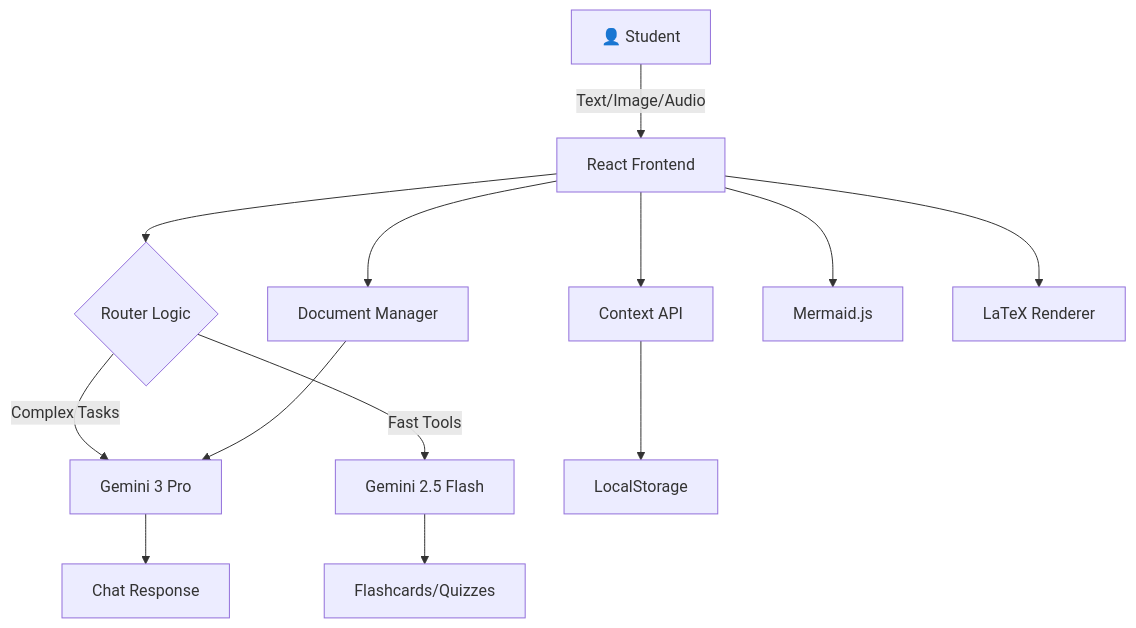
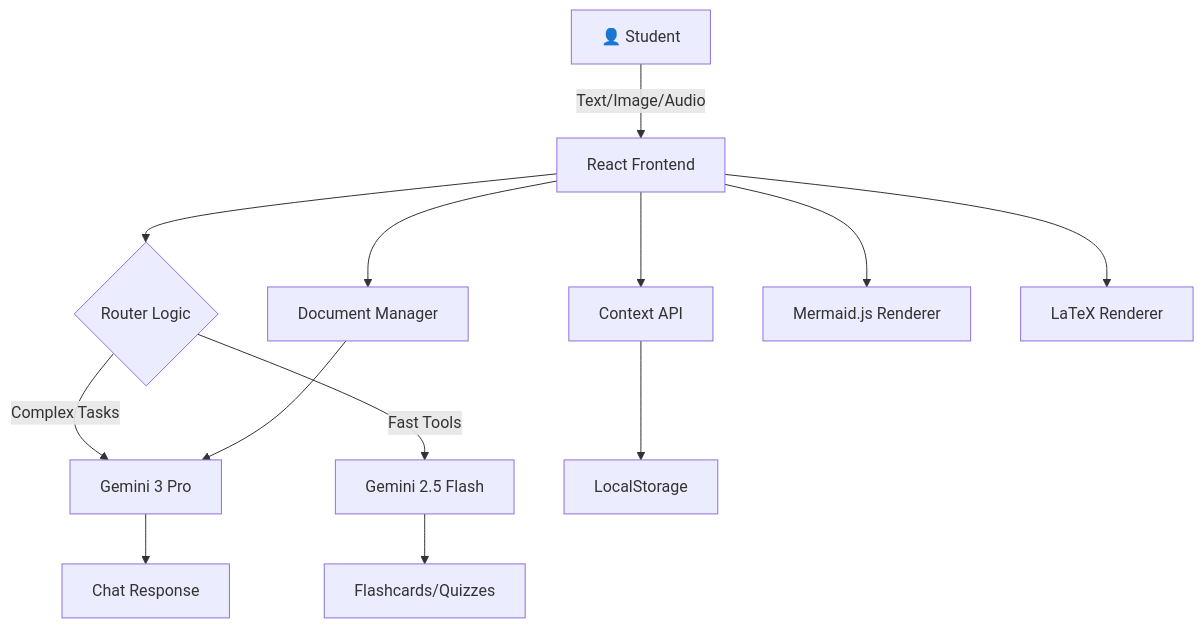
One commit to nameershah/MentorAI changed the diagram in README.md. Above: the diagram before and after it, drawn with Mermaid. The commit also changed other lines of this file, not shown here.

`````diff
--- a/README.md
+++ b/README.md
@@ -114,20 +116,20 @@
 ```mermaid
 graph TB
     A[👤 Student] -->|Text/Image/Audio| B[React Frontend]
     B --> C{Router Logic}
 
     C -->|Complex Tasks| D[Gemini 3 Pro]
     C -->|Fast Tools| E[Gemini 2.5 Flash]
 
     D --> F[Chat Response]
     E --> G[Flashcards/Quizzes]
 
     B --> H[Context API]
     H --> I[LocalStorage]
 
     B --> J[Document Manager]
     J --> D
 
-    B --> K[Mermaid.js]
+    B --> K[Mermaid.js Renderer]
     B --> L[LaTeX Renderer]
 ````
`````
